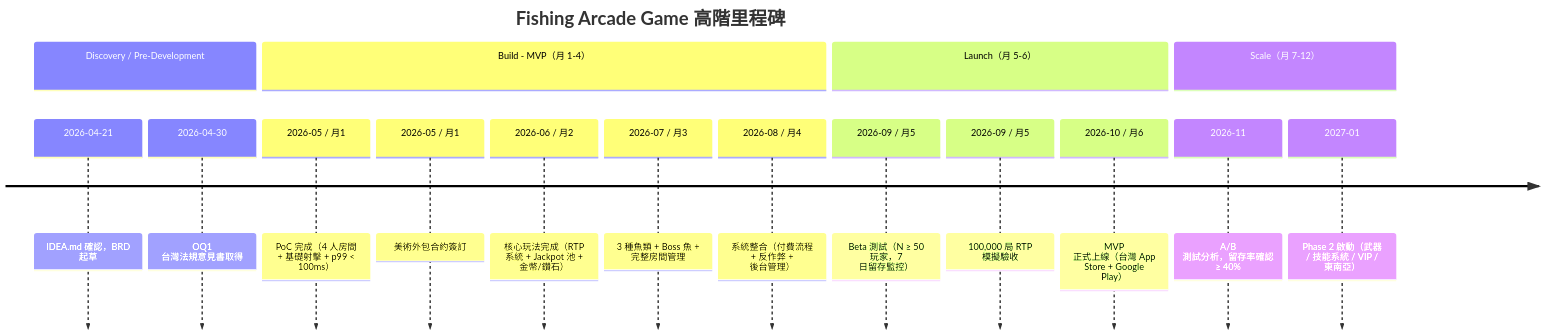
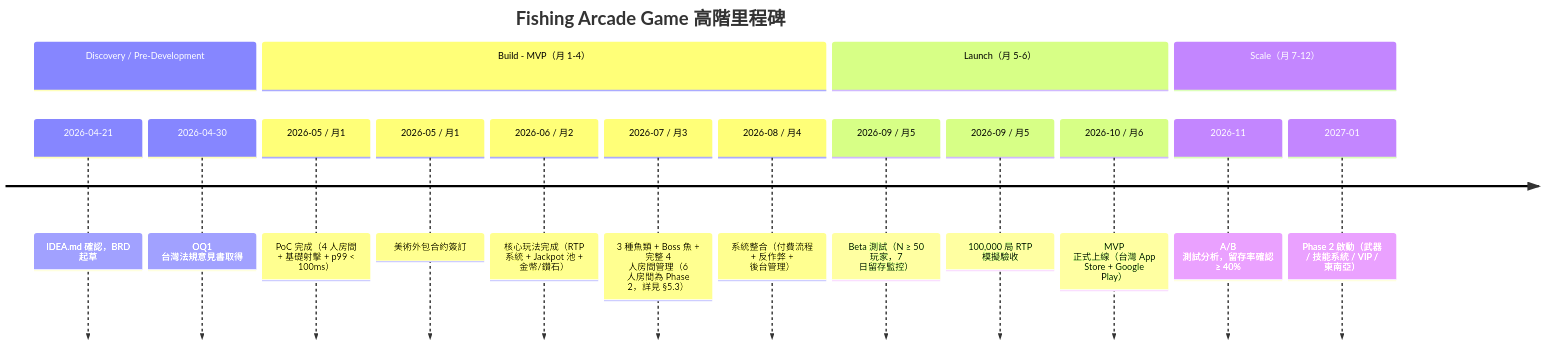
The diagram in docs/BRD.md (ibalasite/fishing-arcade-game), drawn with Mermaid before and after one commit. The commit also changed other lines of this file, not shown here.

Commit message:
docs(devsop)[STEP-01]: BRD Round 2 fix — Jackpot UI+PDPA in P0, Roadmap 4-person clarification, OBJ-2/OBJ-3 logic fix, A6 trigger, R4 contingency, ROI cost base, underage handling

````diff
--- a/docs/BRD.md
+++ b/docs/BRD.md
@@ -536,20 +543,20 @@
 ```mermaid
 timeline
     title Fishing Arcade Game 高階里程碑
     section Discovery / Pre-Development
         2026-04-21 : IDEA.md 確認，BRD 起草
         2026-04-30 : OQ1 台灣法規意見書取得
     section Build - MVP（月 1-4）
         2026-05 / 月1 : PoC 完成（4 人房間 + 基礎射擊 + p99 < 100ms）
         2026-05 / 月1 : 美術外包合約簽訂
         2026-06 / 月2 : 核心玩法完成（RTP 系統 + Jackpot 池 + 金幣/鑽石）
-        2026-07 / 月3 : 3 種魚類 + Boss 魚 + 完整房間管理
+        2026-07 / 月3 : 3 種魚類 + Boss 魚 + 完整 4 人房間管理（6 人房間為 Phase 2，詳見 §5.3）
         2026-08 / 月4 : 系統整合（付費流程 + 反作弊 + 後台管理）
     section Launch（月 5-6）
         2026-09 / 月5 : Beta 測試（N ≥ 50 玩家，7 日留存監控）
         2026-09 / 月5 : 100,000 局 RTP 模擬驗收
         2026-10 / 月6 : MVP 正式上線（台灣 App Store + Google Play）
     section Scale（月 7-12）
         2026-11 : A/B 測試分析，留存率確認 ≥ 40%
         2027-01 : Phase 2 啟動（武器 / 技能系統 / VIP / 東南亞）
 ```
````
